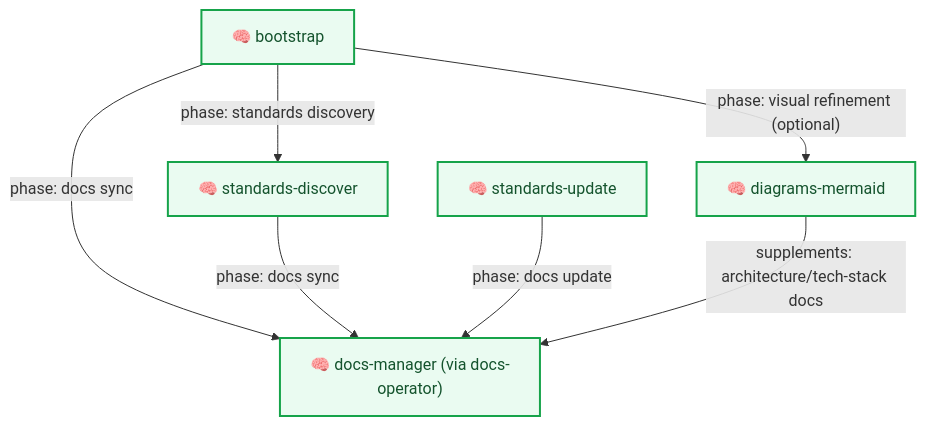
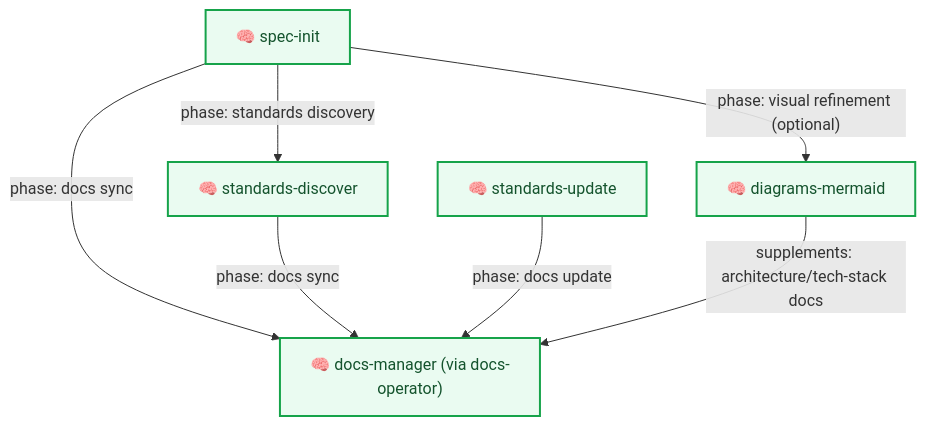
Before and after one commit to plucins/flowbit: the second of 9 diagrams in docs/flow/overview.md, drawn with Mermaid. The commit also changed other lines of this file and 22 other files, not shown here.

First line of the commit message:
Rename bootstrap skill to spec-init

````diff
--- a/docs/flow/overview.md
+++ b/docs/flow/overview.md
@@ -78,12 +78,12 @@
 ```mermaid
 graph TD
-  S_INIT["🧠 bootstrap"] -- "phase: standards discovery" --> S_STD_DISC["🧠 standards-discover"]
+  S_INIT["🧠 spec-init"] -- "phase: standards discovery" --> S_STD_DISC["🧠 standards-discover"]
   S_INIT -- "phase: docs sync" --> S_DOCS["🧠 docs-manager (via docs-operator)"]
   S_INIT -- "phase: visual refinement (optional)" --> S_DIAG["🧠 diagrams-mermaid"]
   S_STD_DISC -- "phase: docs sync" --> S_DOCS
   S_STD_UPD["🧠 standards-update"] -- "phase: docs update" --> S_DOCS
   S_DIAG -- "supplements: architecture/tech-stack docs" --> S_DOCS
 
   classDef skill fill:#EAFBF1,stroke:#16A34A,stroke-width:2px,color:#14532D;
   class S_INIT,S_STD_DISC,S_DOCS,S_STD_UPD,S_DIAG skill;
 ```
````
